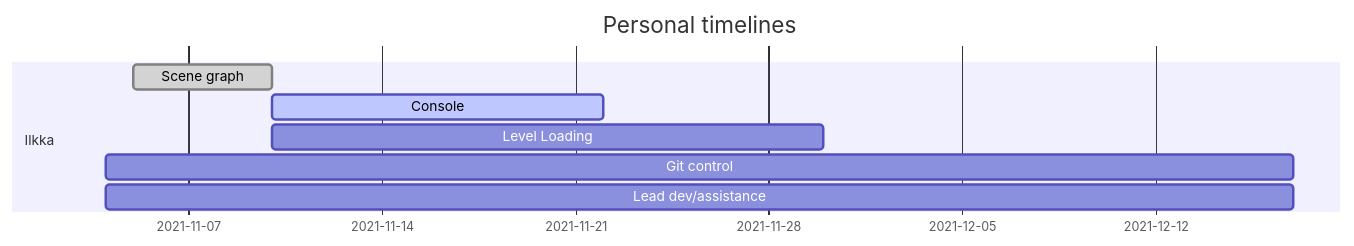
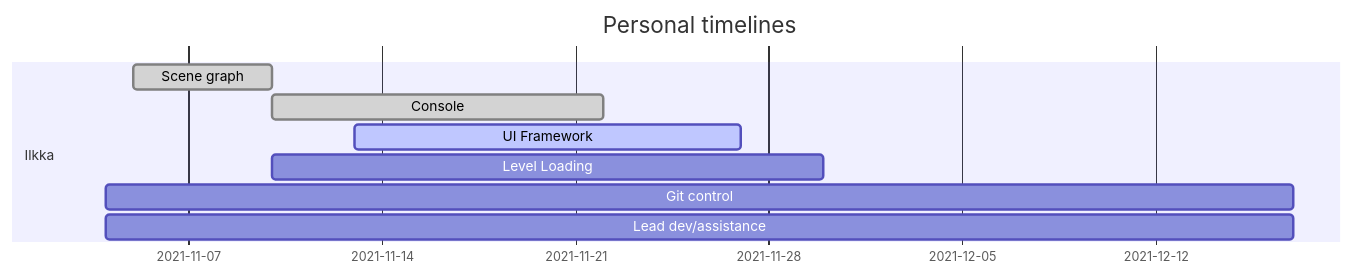
The second of 8 diagrams in docs/ProjectPlan.md (IlkkaTakala/Eril-Engine), drawn with Mermaid before and after one commit. The commit also changed other lines of this file, not shown here.

Commit message:
Updated timelines

````diff
--- a/docs/ProjectPlan.md
+++ b/docs/ProjectPlan.md
@@ -64,12 +64,13 @@
 ```mermaid
 gantt
 dateFormat  DD-MM
 title Personal timelines
 
 section Ilkka
 Scene graph             :done  ,  ides1, 05-11, 5d
-Console                 :active,  ides2, after ides1, 12d
+Console                 :done,    ides2, after ides1, 12d
+UI Framework            :active,  ides6, 13-11, 14d 
 Level Loading           :         ides5, after ides1, 20d
 Git control             :         ides3, 04-11, 17-12
 Lead dev/assistance     :         ides4, 04-11, 17-12
 ```
````
